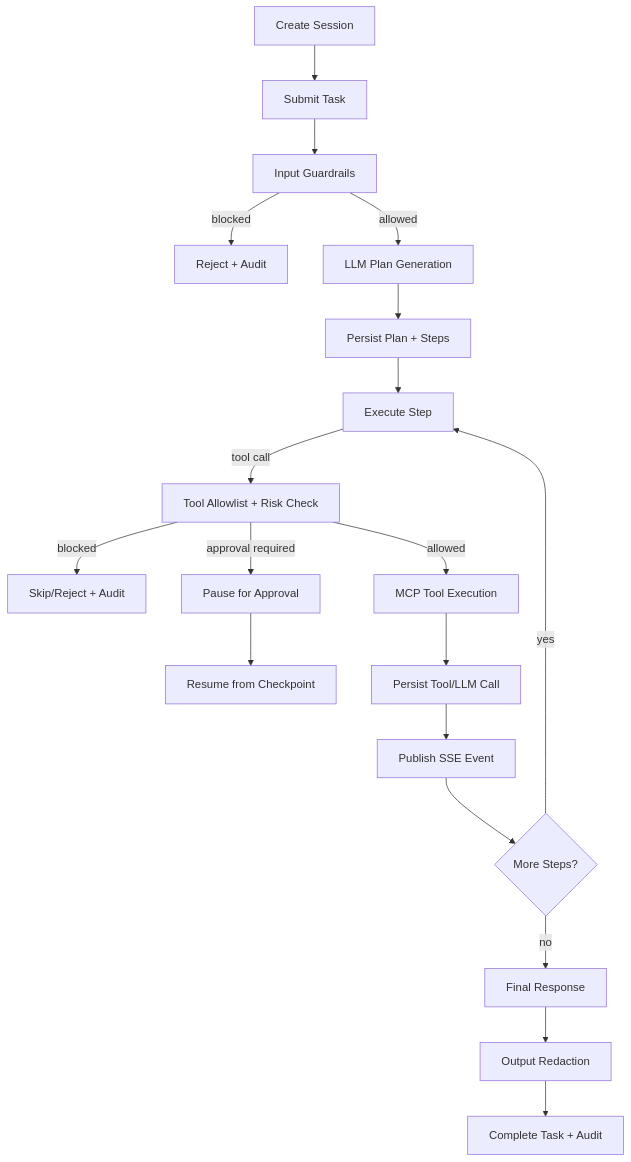
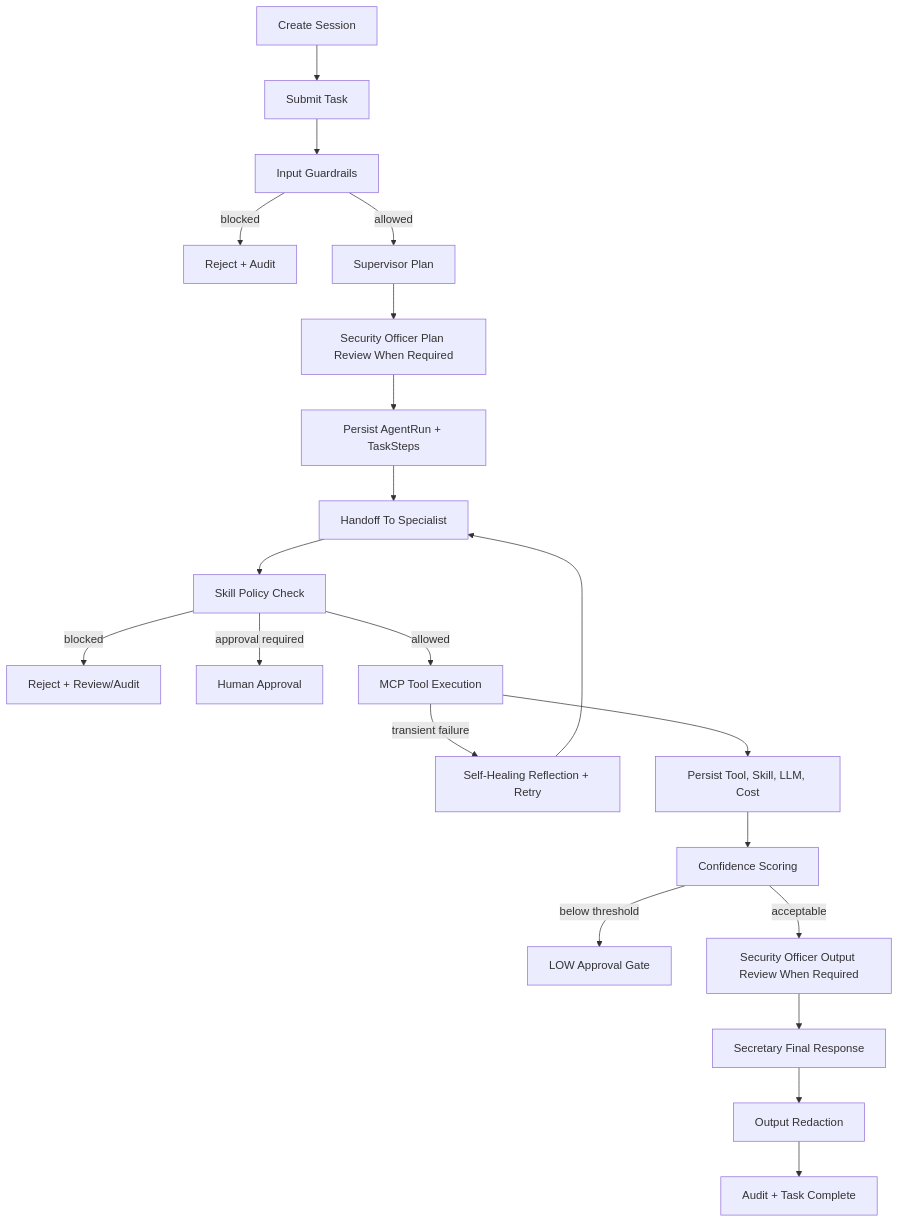
Before and after one commit to Mehulupase01/AgentForge-Multi-Tool-Agent-with-MCP--NeMo-Guardrails---Audit-Logging: the third of 5 diagrams in README.md, drawn with Mermaid. The commit also changed other lines of this file, not shown here.

````diff
--- a/README.md
+++ b/README.md
@@ -319,21 +248,23 @@
 ```mermaid
 flowchart TD
     A[Create Session] --> B[Submit Task]
     B --> C[Input Guardrails]
     C -->|blocked| D[Reject + Audit]
-    C -->|allowed| E[LLM Plan Generation]
-    E --> F[Persist Plan + Steps]
-    F --> G[Execute Step]
-    G -->|tool call| H[Tool Allowlist + Risk Check]
-    H -->|blocked| I[Skip/Reject + Audit]
-    H -->|approval required| J[Pause for Approval]
-    J --> K[Resume from Checkpoint]
-    H -->|allowed| L[MCP Tool Execution]
-    L --> M[Persist Tool/LLM Call]
-    M --> N[Publish SSE Event]
-    N --> O{More Steps?}
-    O -->|yes| G
-    O -->|no| P[Final Response]
-    P --> Q[Output Redaction]
-    Q --> R[Complete Task + Audit]
+    C -->|allowed| E[Supervisor Plan]
+    E --> F[Security Officer Plan Review When Required]
+    F --> G[Persist AgentRun + TaskSteps]
+    G --> H[Handoff To Specialist]
+    H --> I[Skill Policy Check]
+    I -->|blocked| J[Reject + Review/Audit]
+    I -->|approval required| K[Human Approval]
+    I -->|allowed| L[MCP Tool Execution]
+    L -->|transient failure| M[Self-Healing Reflection + Retry]
+    M --> H
+    L --> N[Persist Tool, Skill, LLM, Cost]
+    N --> O[Confidence Scoring]
+    O -->|below threshold| P[LOW Approval Gate]
+    O -->|acceptable| Q[Security Officer Output Review When Required]
+    Q --> R[Secretary Final Response]
+    R --> S[Output Redaction]
+    S --> T[Audit + Task Complete]
 ```
````
